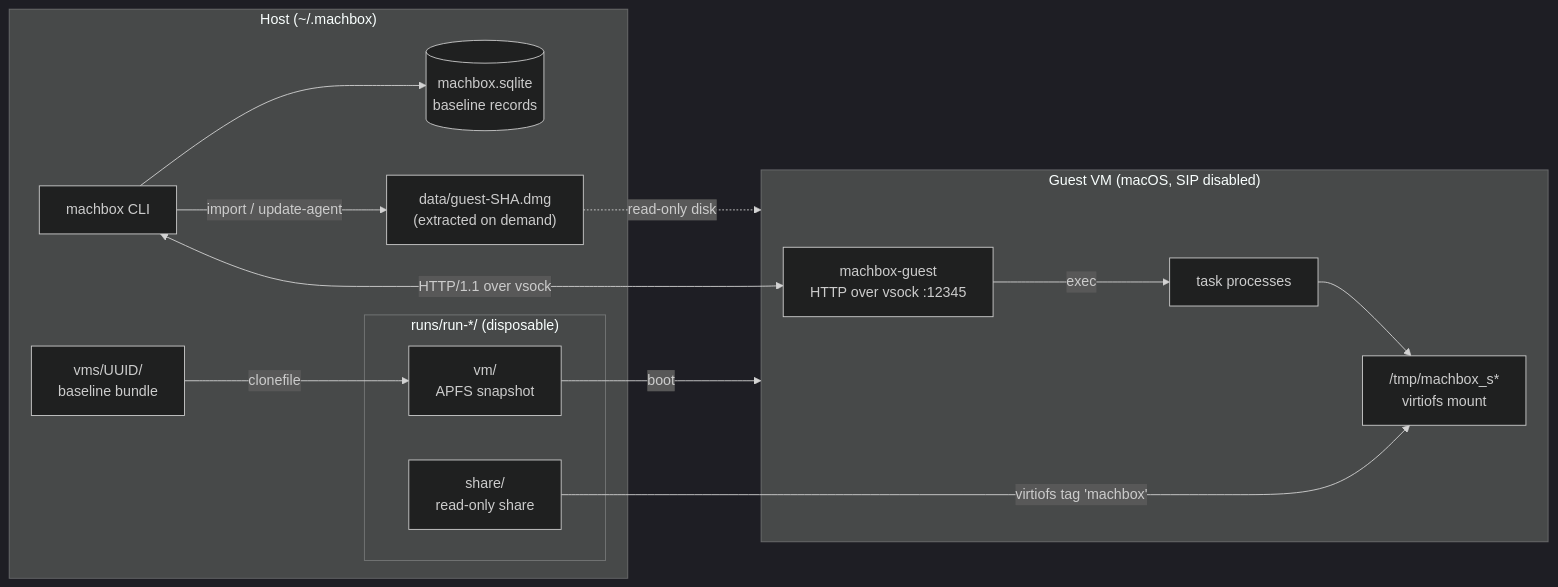
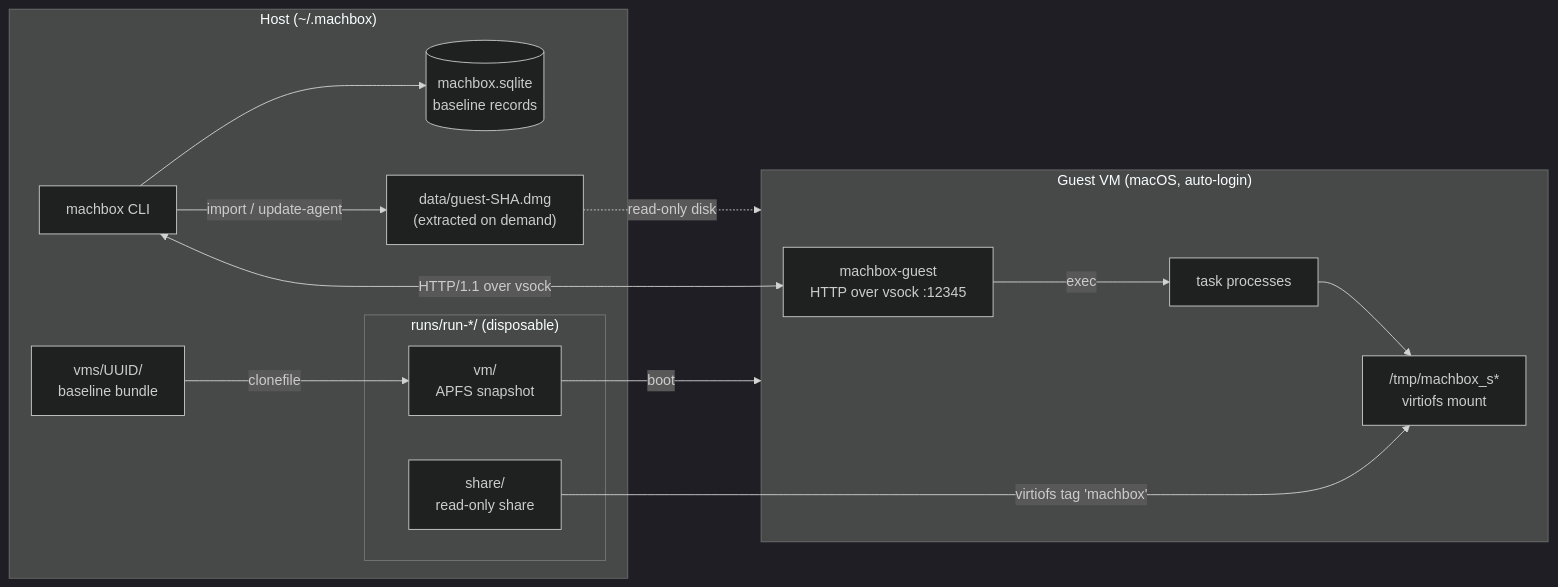
Before and after one commit to ac0d3r/machbox: the diagram in docs/architecture.md, drawn with Mermaid (dark theme). The commit also changed other lines of this file and 13 other files, not shown here.

````diff
--- a/docs/architecture.md
+++ b/docs/architecture.md
@@ -9,29 +9,29 @@
 ```mermaid
 flowchart LR
     subgraph Host["Host (~/.machbox)"]
         CLI["machbox CLI"]
         DB[("machbox.sqlite<br>baseline records")]
         GuestDMG["data/guest-SHA.dmg<br>(extracted on demand)"]
         Baseline["vms/UUID/<br>baseline bundle"]
         subgraph Run["runs/run-*/ (disposable)"]
             Snap["vm/<br>APFS snapshot"]
             Share["share/<br>read-only share"]
         end
     end
 
-    subgraph Guest["Guest VM (macOS, SIP disabled)"]
+    subgraph Guest["Guest VM (macOS, auto-login)"]
         Agent["machbox-guest<br>HTTP over vsock :12345"]
         Proc["task processes"]
         Mount["/tmp/machbox_s*<br>virtiofs mount"]
     end
 
     CLI --> DB
     CLI -->|import / update-agent| GuestDMG
     GuestDMG -.->|read-only disk| Guest
     Baseline -->|clonefile| Snap
     Snap -->|boot| Guest
     Share -->|virtiofs tag 'machbox'| Mount
     CLI <-->|HTTP/1.1 over vsock| Agent
     Agent -->|exec| Proc
     Proc --> Mount
 ```
````
